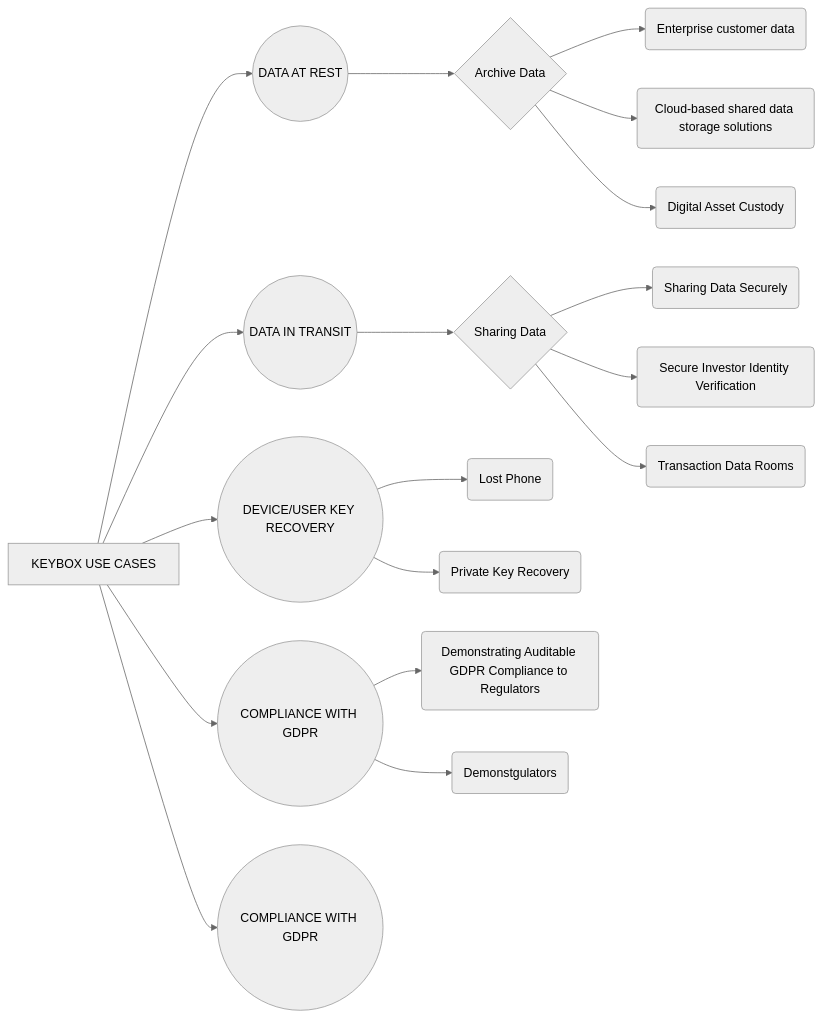
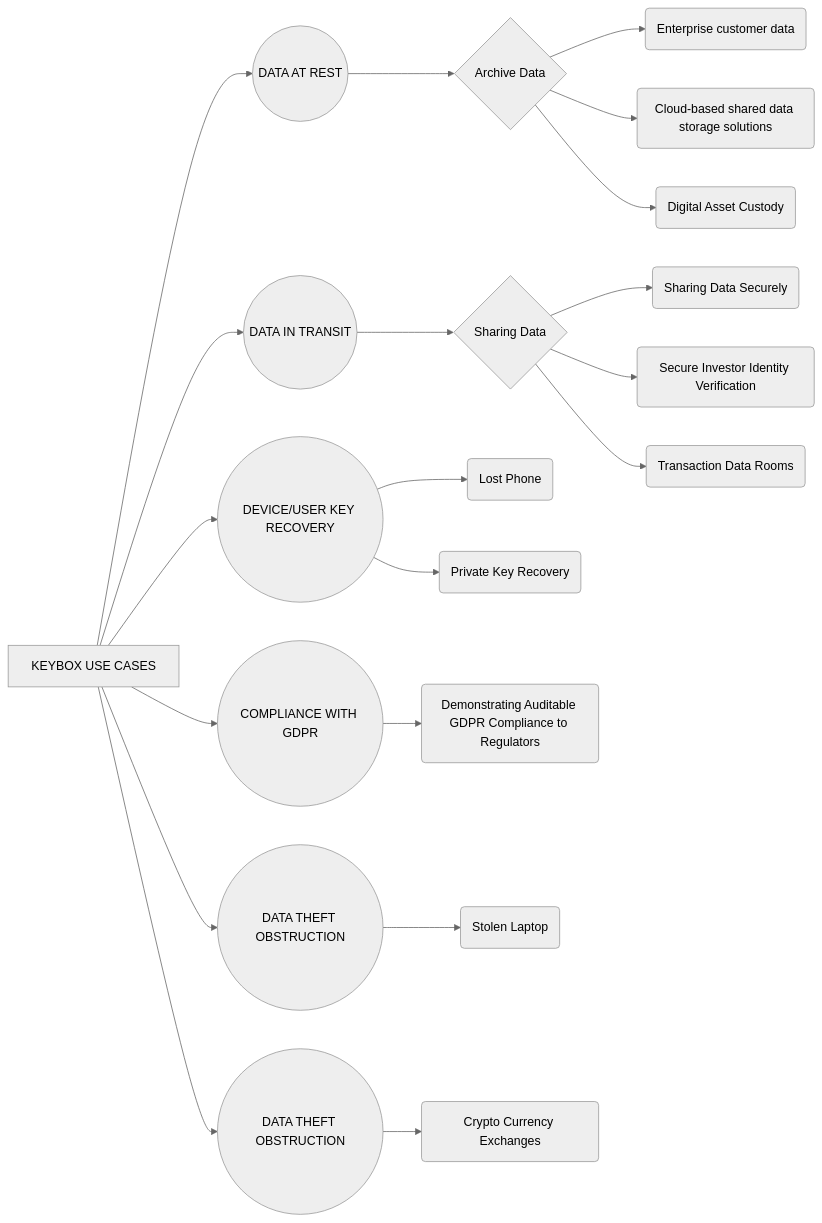
The diagram in README.md (thekeybox/keybox), drawn with Mermaid (neutral theme) before and after one commit. The commit also changed other lines of this file, not shown here.

````diff
--- a/README.md
+++ b/README.md
@@ -62,43 +62,41 @@
 ```mermaid
 
 graph LR
 
 A[KEYBOX USE CASES]  --> B((DATA AT REST))
 
 B --> E{Archive Data}
 
 E --> F(Enterprise customer data)
 
 E --> G(Cloud-based shared data storage solutions)
 
 E --> H(Digital Asset Custody)
 
 A --> C((DATA IN TRANSIT))
 
 C --> U{Sharing Data}
 
 U --> P(Sharing Data Securely)
 
 U --> LL(Secure Investor Identity Verification)
 
 U --> Pq(Transaction Data Rooms)
 
   
 
 A[KEYBOX USE CASES]  --> BB((DEVICE/USER KEY RECOVERY ))
 
 BB --> BBB(Lost Phone)
 
 BB --> BBBB(Private Key Recovery)
 
 A[KEYBOX USE CASES]  --> ui((COMPLIANCE WITH GDPR ))
 ui --> BBBa(Demonstrating Auditable GDPR Compliance to Regulators)
 
-A[KEYBOX USE CASES]  --> ui1((COMPLIANCE WITH GDPR ))
-ui --> BBBa1(Demonstgulators)
+A[KEYBOX USE CASES]  --> ui1((DATA THEFT OBSTRUCTION))
+ui1 --> BBBa1(Stolen Laptop)
 
-
-
-
-
+A[KEYBOX USE CASES]  --> ui11((DATA THEFT OBSTRUCTION))
+ui11 --> BBBa11(Crypto Currency Exchanges)
 ```
````
